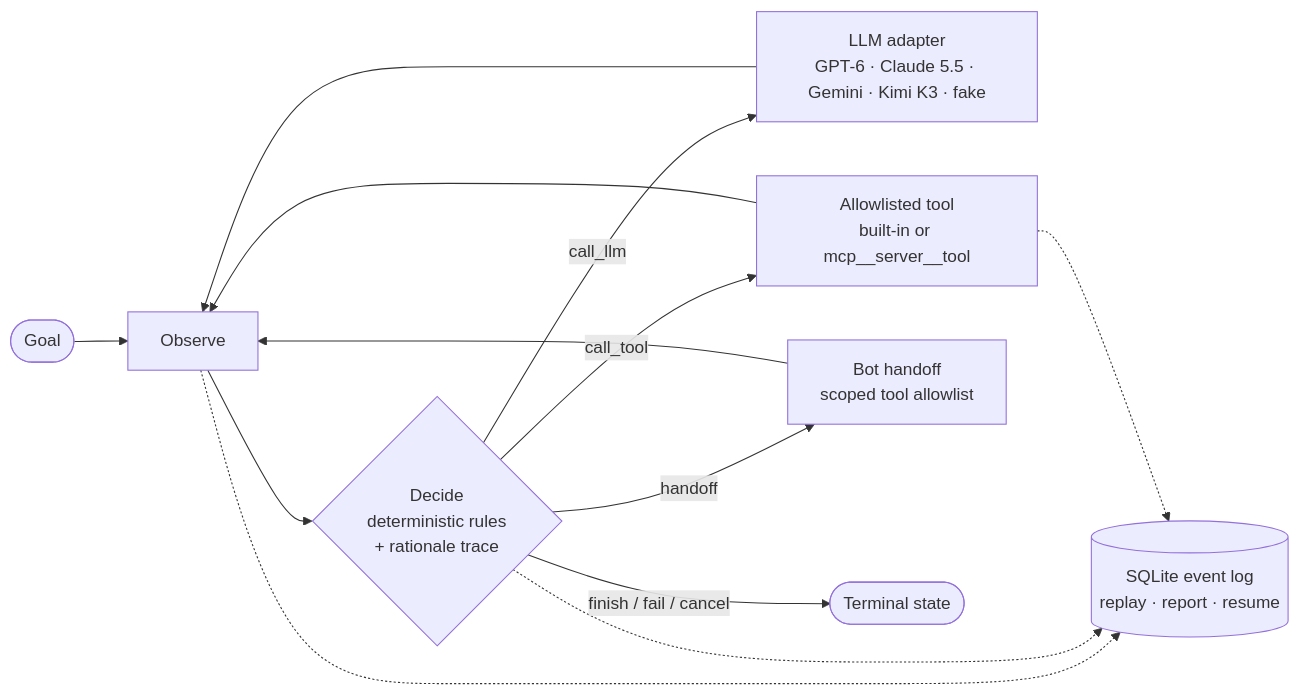
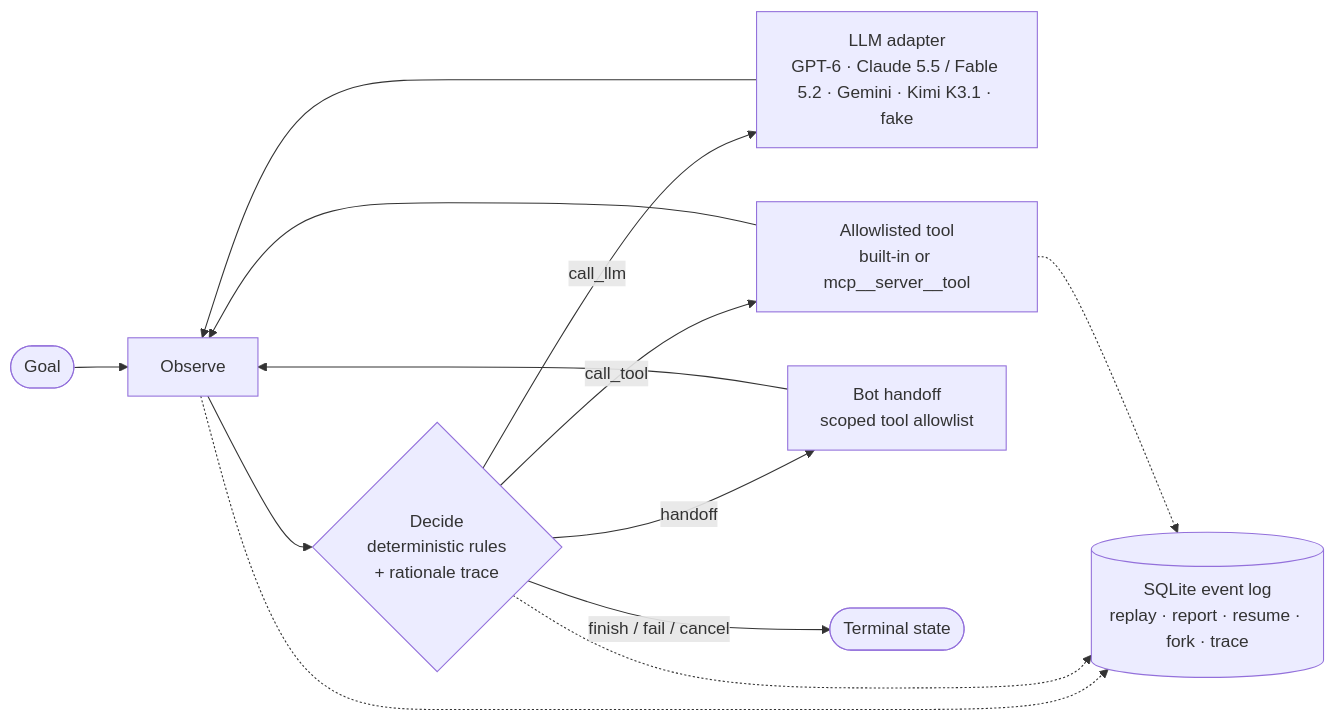
One commit to zqf20096327/dbhub_collect changed the diagram in data/readmes/Francis1998__multi-bot-agentic.md. Above: the diagram before and after it, drawn with Mermaid. The commit also changed other lines of this file and 703 other files, not shown here.

````diff
--- a/data/readmes/Francis1998__multi-bot-agentic.md
+++ b/data/readmes/Francis1998__multi-bot-agentic.md
@@ -33,15 +37,15 @@
 ```mermaid
 flowchart LR
     goal([Goal]) --> observe[Observe]
     observe --> decide{"Decide<br/>deterministic rules<br/>+ rationale trace"}
-    decide -->|call_llm| llm["LLM adapter<br/>GPT-6 · Claude 5.5 · Gemini · Kimi K3 · fake"]
+    decide -->|call_llm| llm["LLM adapter<br/>GPT-6 · Claude 5.5 / Fable 5.2 · Gemini · Kimi K3.1 · fake"]
     decide -->|call_tool| tool["Allowlisted tool<br/>built-in or mcp__server__tool"]
     decide -->|handoff| bot["Bot handoff<br/>scoped tool allowlist"]
     decide -->|finish / fail / cancel| done([Terminal state])
     llm --> observe
     tool --> observe
     bot --> observe
-    observe -.-> log[("SQLite event log<br/>replay · report · resume")]
+    observe -.-> log[("SQLite event log<br/>replay · report · resume · fork · trace")]
     decide -.-> log
     tool -.-> log
 ```
````
